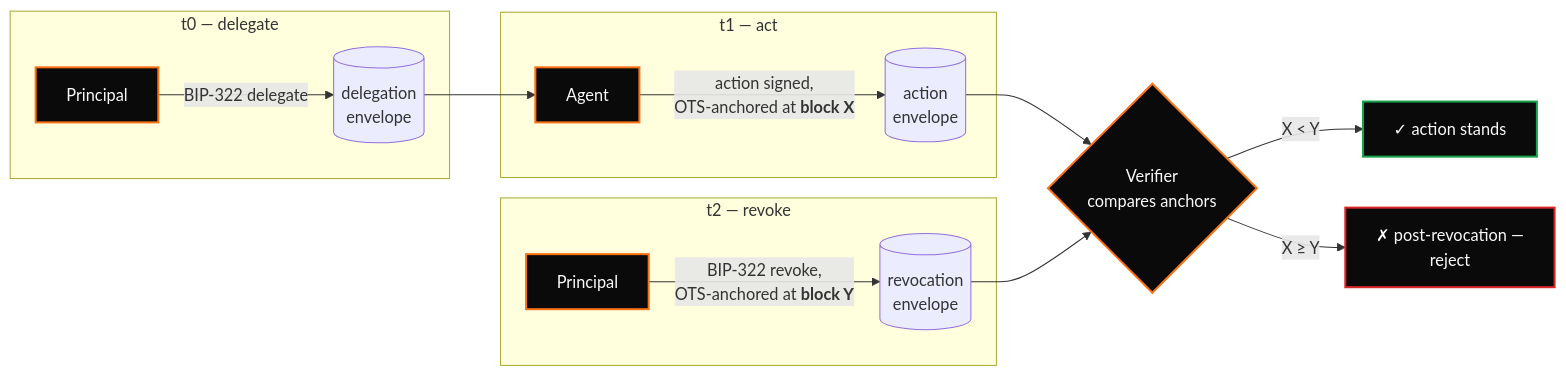
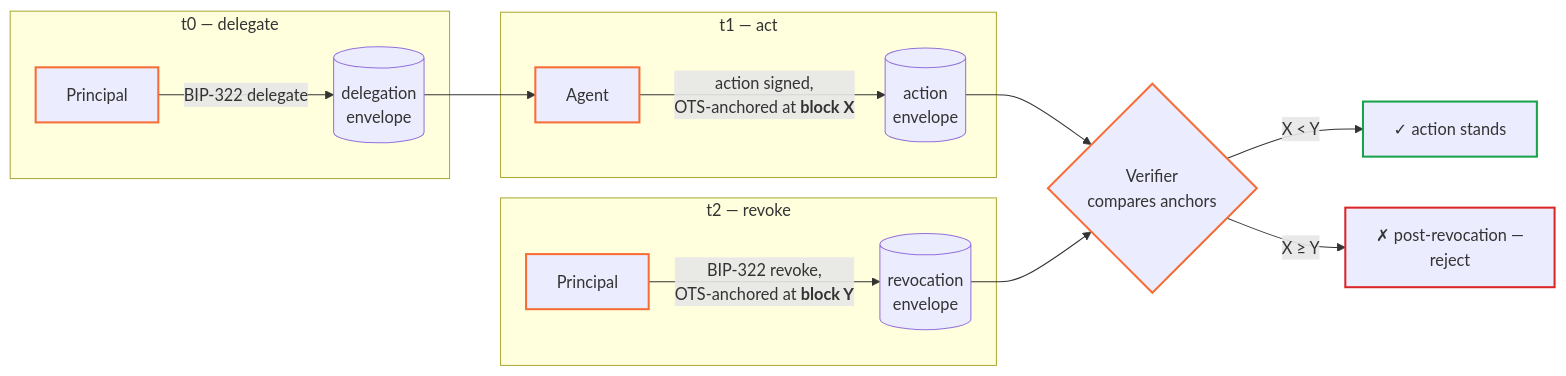
Before and after one commit to orangecheck/oc-docs: the second of 2 diagrams in src/pages/agent/protocol.mdx, drawn with Mermaid. The commit also changed 26 other files, not shown here.

First line of the commit message:
Docs pages: diagrams that draw in both modes, links that land

````diff
--- a/src/pages/agent/protocol.mdx
+++ b/src/pages/agent/protocol.mdx
@@ -125,24 +125,24 @@
 ```mermaid
 flowchart LR
     subgraph T0[t0 — delegate]
         P0["Principal"] -->|BIP-322 delegate| D[("delegation<br/>envelope")]
     end
     subgraph T1[t1 — act]
         D --> A1["Agent"]
         A1 -->|action signed,<br/>OTS-anchored at <b>block X</b>| ACT[("action<br/>envelope")]
     end
     subgraph T2[t2 — revoke]
         P2["Principal"] -->|BIP-322 revoke,<br/>OTS-anchored at <b>block Y</b>| REV[("revocation<br/>envelope")]
     end
     ACT --> V{Verifier<br/>compares anchors}
     REV --> V
     V -->|X &lt; Y| OK["✓ action stands"]
     V -->|X ≥ Y| BAD["✗ post-revocation —<br/>reject"]
 
-    classDef base fill:#0a0a0a,stroke:#f97316,stroke-width:2px,color:#fafafa;
-    classDef bad  fill:#0a0a0a,stroke:#dc2626,stroke-width:2px,color:#fafafa;
-    classDef ok   fill:#0a0a0a,stroke:#16a34a,stroke-width:2px,color:#fafafa;
+    classDef base stroke:#f66d36,stroke-width:2px;
+    classDef bad  stroke:#dc2626,stroke-width:2px;
+    classDef ok   stroke:#16a34a,stroke-width:2px;
     class P0,P2,A1,V base;
     class OK ok;
     class BAD bad;
 ```
````
